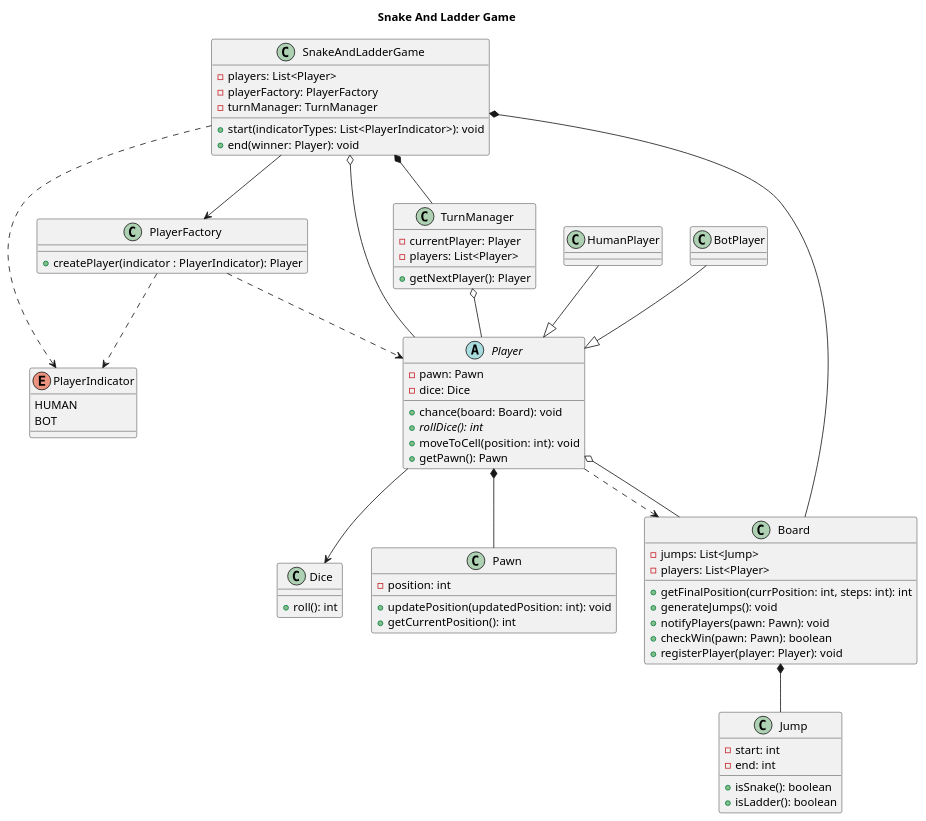
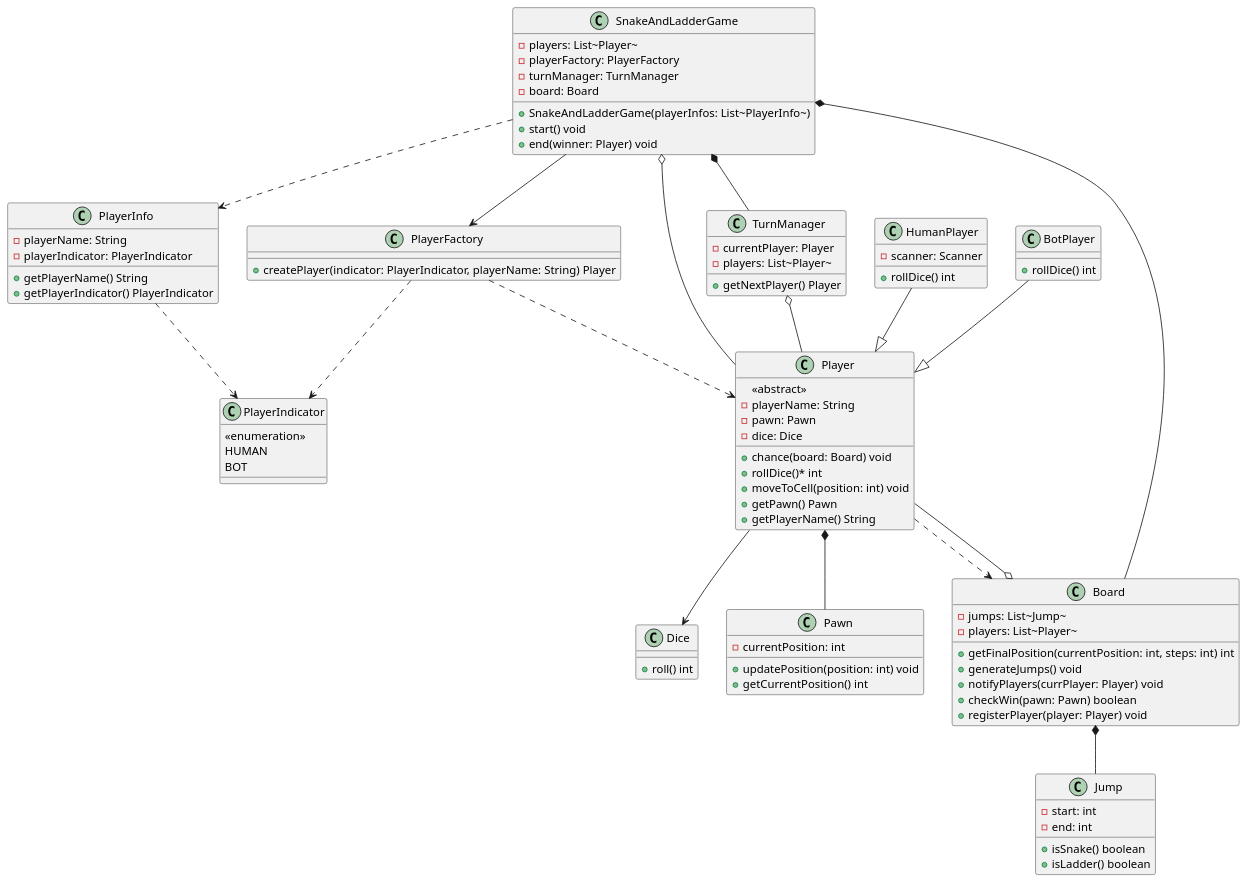
The diagram in src/main/java/com/lld/problems/snakeandladder/notes/snake-ladder-class-diagram.puml (Anuj-Gupta79/lld-mastery), drawn with PlantUML before and after one commit. The commit also changed 17 other files, not shown here.

Commit message:
Problem: Snaker and Ladder game code completed

```diff
--- a/src/main/java/com/lld/problems/snakeandladder/notes/snake-ladder-class-diagram.puml
+++ b/src/main/java/com/lld/problems/snakeandladder/notes/snake-ladder-class-diagram.puml
@@ -1,92 +1,100 @@
 @startuml
 
-title Snake And Ladder Game
+    class SnakeAndLadderGame {
+        -players: List~Player~
+        -playerFactory: PlayerFactory
+        -turnManager: TurnManager
+        -board: Board
+        +SnakeAndLadderGame(playerInfos: List~PlayerInfo~)
+        +start() void
+        +end(winner: Player) void
+    }
 
-class SnakeAndLadderGame{
-    -players: List<Player>
-    -playerFactory: PlayerFactory
-    -turnManager: TurnManager
+    class PlayerInfo {
+        -playerName: String
+        -playerIndicator: PlayerIndicator
+        +getPlayerName() String
+        +getPlayerIndicator() PlayerIndicator
+    }
 
-    +start(indicatorTypes: List<PlayerIndicator>): void
-    +end(winner: Player): void
-}
+    class PlayerFactory {
+        +createPlayer(indicator: PlayerIndicator, playerName: String) Player
+    }
 
-class PlayerFactory{
-    +createPlayer(indicator : PlayerIndicator): Player
-}
+    class Player {
+        <<abstract>>
+        -playerName: String
+        -pawn: Pawn
+        -dice: Dice
+        +chance(board: Board) void
+        +rollDice()* int
+        +moveToCell(position: int) void
+        +getPawn() Pawn
+        +getPlayerName() String
+    }
 
-abstract Player{
-    -pawn: Pawn
-    -dice: Dice
-    +chance(board: Board): void
-    +{abstract} rollDice(): int
-    +moveToCell(position: int): void
-    +getPawn(): Pawn
-}
+    class HumanPlayer {
+        -scanner: Scanner
+        +rollDice() int
+    }
+    class BotPlayer {
+        +rollDice() int
+    }
 
-class HumanPlayer{
+    class Dice {
+        +roll() int
+    }
 
-}
+    class Board {
+        -jumps: List~Jump~
+        -players: List~Player~
+        +getFinalPosition(currentPosition: int, steps: int) int
+        +generateJumps() void
+        +notifyPlayers(currPlayer: Player) void
+        +checkWin(pawn: Pawn) boolean
+        +registerPlayer(player: Player) void
+    }
 
-class BotPlayer{
+    class TurnManager {
+        -currentPlayer: Player
+        -players: List~Player~
+        +getNextPlayer() Player
+    }
+
+    class Jump {
+        -start: int
+        -end: int
+        +isSnake() boolean
+        +isLadder() boolean
+    }
+
+    class Pawn {
+        -currentPosition: int
+        +updatePosition(position: int) void
+        +getCurrentPosition() int
+    }
+
+    class PlayerIndicator {
+        <<enumeration>>
+        HUMAN
+        BOT
+    }
+
+    SnakeAndLadderGame --> PlayerFactory
+    SnakeAndLadderGame ..> PlayerInfo
+    SnakeAndLadderGame *-- TurnManager
+    SnakeAndLadderGame o-- Player
+    SnakeAndLadderGame *-- Board
+    PlayerFactory ..> Player
+    PlayerFactory ..> PlayerIndicator
+    PlayerInfo ..> PlayerIndicator
+    HumanPlayer --|> Player
+    BotPlayer --|> Player
+    Board *-- Jump
+    Board o-- Player
+    TurnManager o-- Player
+    Player --> Dice
+    Player *-- Pawn
+    Player ..> Board
     
-}
-
-class Dice{
-    +roll(): int
-}
-
-class Board {
-    -jumps: List<Jump>
-    -players: List<Player>
-
-    +getFinalPosition(currPosition: int, steps: int): int
-    +generateJumps(): void
-    +notifyPlayers(pawn: Pawn): void
-    +checkWin(pawn: Pawn): boolean
-    +registerPlayer(player: Player): void
-}
-
-class TurnManager {
-    -currentPlayer: Player
-    -players: List<Player>
-    +getNextPlayer(): Player
-}
-
-class Jump{
-    -start: int
-    -end: int
-
-    +isSnake(): boolean
-    +isLadder(): boolean
-}
-
-class Pawn{
-    -position: int
-
-    +updatePosition(updatedPosition: int): void
-    +getCurrentPosition(): int
-}
-
-enum PlayerIndicator{
-    HUMAN   
-    BOT
-}
-
-SnakeAndLadderGame --> PlayerFactory
-SnakeAndLadderGame ..> PlayerIndicator
-SnakeAndLadderGame *-- TurnManager
-SnakeAndLadderGame o-- Player
-SnakeAndLadderGame *-- Board
-PlayerFactory ..> Player
-PlayerFactory ..> PlayerIndicator
-HumanPlayer --|> Player
-BotPlayer --|> Player
-Board *-- Jump
-Board --o Player
-TurnManager o-- Player
-Player --> Dice
-Player *-- Pawn
-Player ..> Board
-
 @enduml
```
